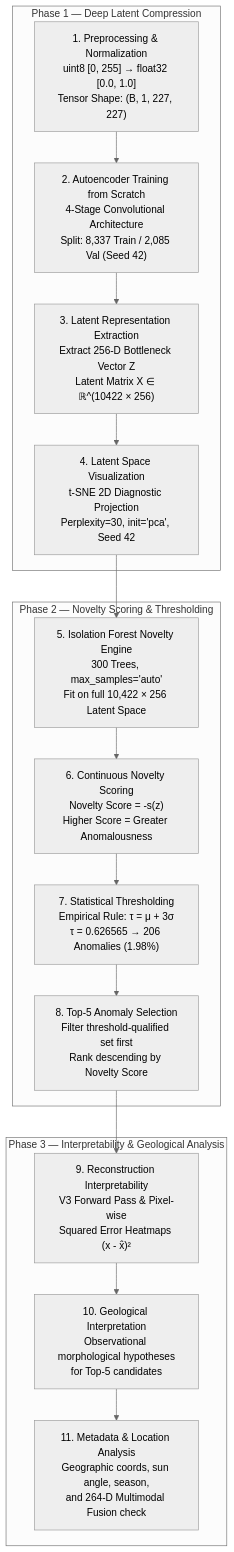
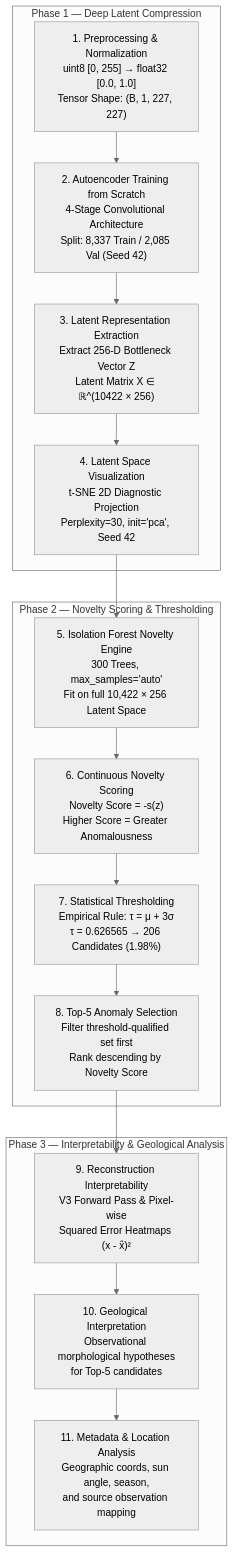
Before and after one commit to Debjit2821/NSSC-Data-analytics: the second of 2 diagrams in README.md, drawn with Mermaid (neutral theme). The commit also changed other lines of this file, not shown here.

First line of the commit message:
Revise README for clarity on anomalies and thresholds

````diff
--- a/README.md
+++ b/README.md
@@ -118,25 +118,25 @@
 ```mermaid
 flowchart TD
     subgraph S1["Phase 1 — Deep Latent Compression"]
         P1["1. Preprocessing & Normalization\nuint8 [0, 255] → float32 [0.0, 1.0]\nTensor Shape: (B, 1, 227, 227)"]
         P2["2. Autoencoder Training from Scratch\n4-Stage Convolutional Architecture\nSplit: 8,337 Train / 2,085 Val (Seed 42)"]
         P3["3. Latent Representation Extraction\nExtract 256-D Bottleneck Vector Z\nLatent Matrix X ∈ ℝ^(10422 × 256)"]
         P4["4. Latent Space Visualization\nt-SNE 2D Diagnostic Projection\nPerplexity=30, init='pca', Seed 42"]
         P1 --> P2 --> P3 --> P4
     end
 
     subgraph S2["Phase 2 — Novelty Scoring & Thresholding"]
         P5["5. Isolation Forest Novelty Engine\n300 Trees, max_samples='auto'\nFit on full 10,422 × 256 Latent Space"]
         P6["6. Continuous Novelty Scoring\nNovelty Score = -s(z)\nHigher Score = Greater Anomalousness"]
-        P7["7. Statistical Thresholding\nEmpirical Rule: τ = μ + 3σ\nτ = 0.626565 → 206 Anomalies (1.98%)"]
+        P7["7. Statistical Thresholding\nEmpirical Rule: τ = μ + 3σ\nτ = 0.626565 → 206 Candidates (1.98%)"]
         P8["8. Top-5 Anomaly Selection\nFilter threshold-qualified set first\nRank descending by Novelty Score"]
         P4 --> P5 --> P6 --> P7 --> P8
     end
 
     subgraph S3["Phase 3 — Interpretability & Geological Analysis"]
         P9["9. Reconstruction Interpretability\nV3 Forward Pass & Pixel-wise\nSquared Error Heatmaps (x - x̂)²"]
         P10["10. Geological Interpretation\nObservational morphological hypotheses\nfor Top-5 candidates"]
-        P11["11. Metadata & Location Analysis\nGeographic coords, sun angle, season,\nand 264-D Multimodal Fusion check"]
+        P11["11. Metadata & Location Analysis\nGeographic coords, sun angle, season,\nand source observation mapping"]
         P8 --> P9 --> P10 --> P11
     end
 ```
````
